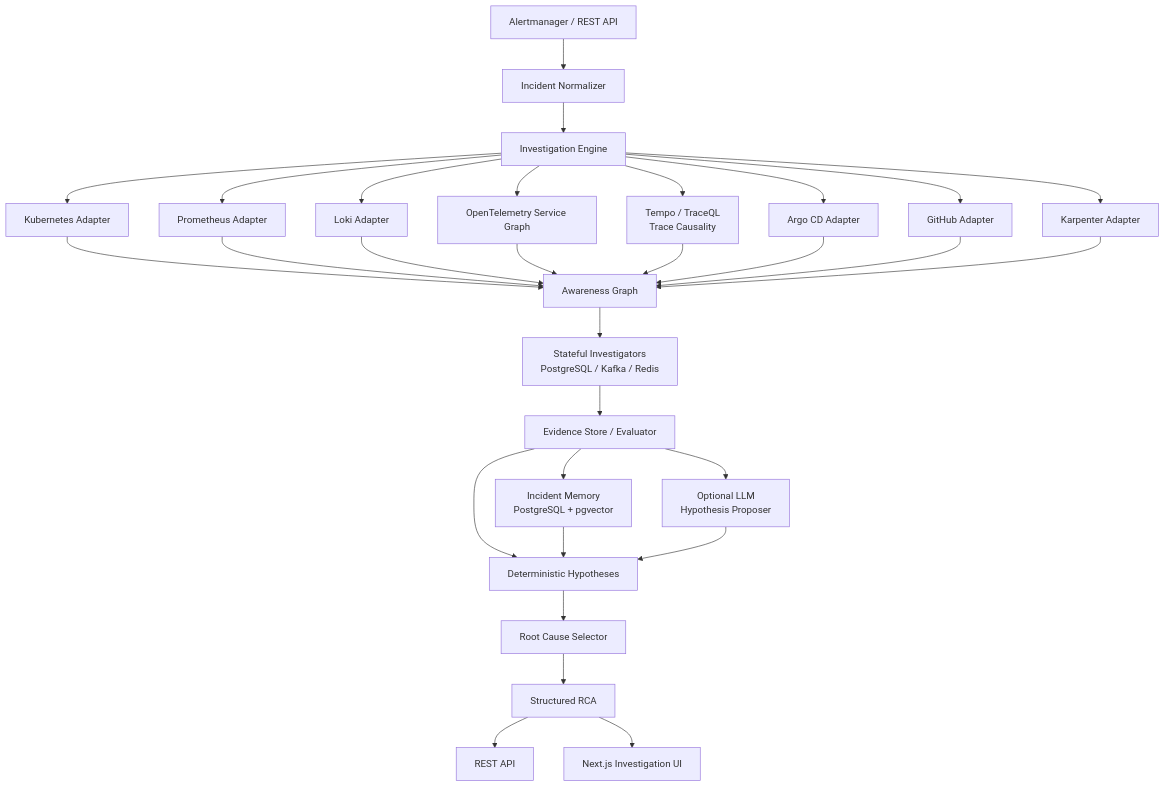
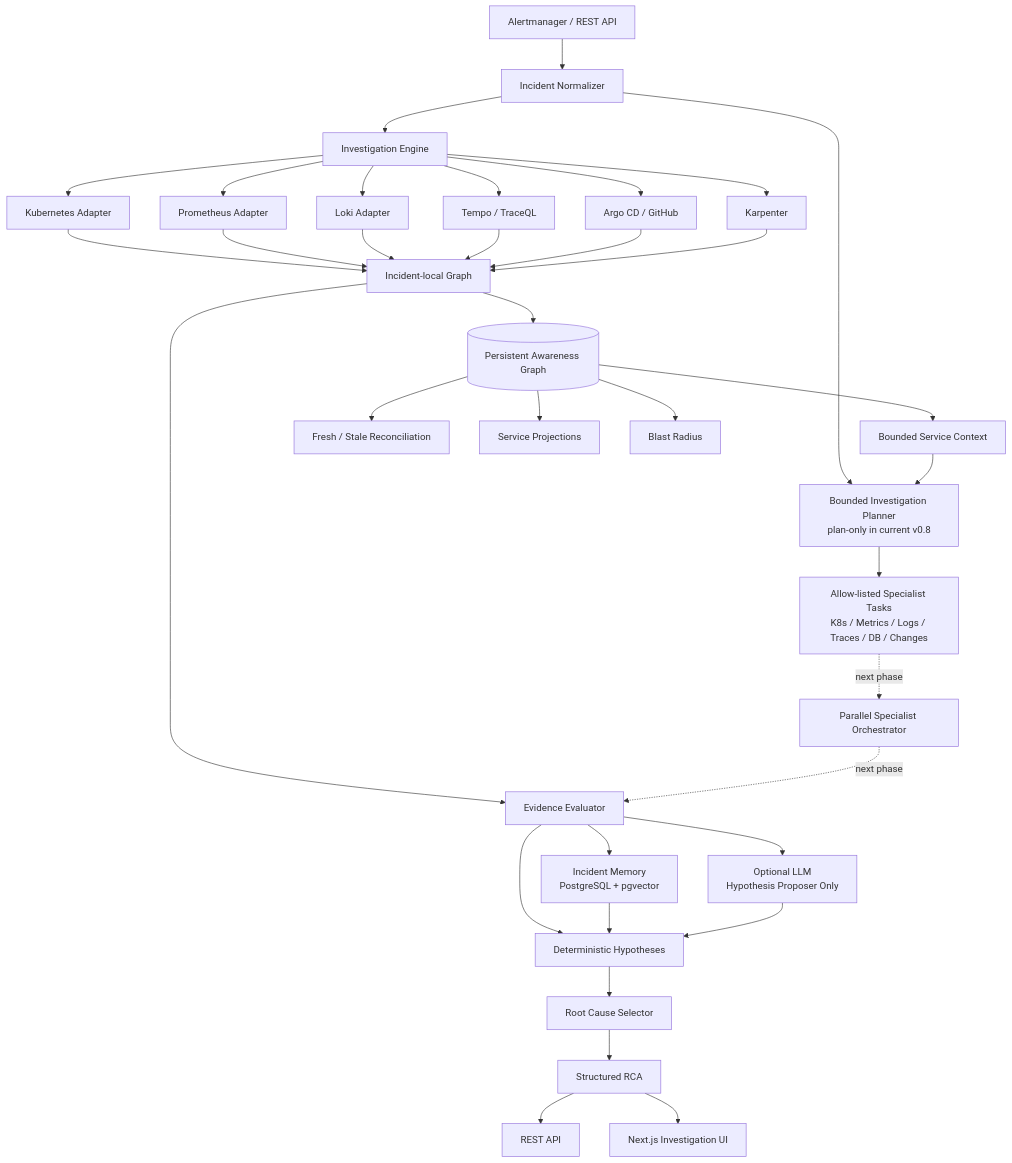
Before and after one commit to marcocristofolini/ai-sre-rca: the first of 18 diagrams in docs/architecture.md, drawn with Mermaid. The commit also changed other lines of this file and 22 other files, not shown here.

Commit message:
feat: add v0.8 topology blast radius and planner

````diff
--- a/docs/architecture.md
+++ b/docs/architecture.md
@@ -7,36 +7,43 @@
 ```mermaid
 flowchart TD
     A[Alertmanager / REST API] --> N[Incident Normalizer]
+    N --> PLAN[Bounded Investigation Planner<br/>plan-only in current v0.8]
     N --> I[Investigation Engine]
+
+    PAG[(Persistent Awareness Graph)] --> CTX[Bounded Service Context]
+    CTX --> PLAN
+    PLAN --> PT[Allow-listed Specialist Tasks<br/>K8s / Metrics / Logs / Traces / DB / Changes]
 
     I --> K[Kubernetes Adapter]
     I --> P[Prometheus Adapter]
     I --> L[Loki Adapter]
-    I --> O[OpenTelemetry Service Graph]
-    I --> T[Tempo / TraceQL<br/>Trace Causality]
-    I --> AR[Argo CD Adapter]
-    I --> GH[GitHub Adapter]
-    I --> KA[Karpenter Adapter]
+    I --> T[Tempo / TraceQL]
+    I --> AR[Argo CD / GitHub]
+    I --> KA[Karpenter]
 
-    K --> G[Awareness Graph]
-    P --> G
-    L --> G
-    O --> G
-    T --> G
-    AR --> G
-    GH --> G
-    KA --> G
+    K --> LG[Incident-local Graph]
+    P --> LG
+    L --> LG
+    T --> LG
+    AR --> LG
+    KA --> LG
 
-    G --> SD[Stateful Investigators<br/>PostgreSQL / Kafka / Redis]
-    SD --> EV[Evidence Store / Evaluator]
+    LG --> EV[Evidence Evaluator]
+    LG --> PAG
+    PAG --> REC[Fresh / Stale Reconciliation]
+    PAG --> SV[Service Projections]
+    PAG --> BR[Blast Radius]
+
     EV --> H[Deterministic Hypotheses]
     EV --> MEM[Incident Memory<br/>PostgreSQL + pgvector]
-    EV --> LLM[Optional LLM<br/>Hypothesis Proposer]
-
+    EV --> LLM[Optional LLM<br/>Hypothesis Proposer Only]
     MEM --> H
     LLM --> H
     H --> RC[Root Cause Selector]
     RC --> RCA[Structured RCA]
     RCA --> API[REST API]
     RCA --> UI[Next.js Investigation UI]
+
+    PT -. next phase .-> ORCH[Parallel Specialist Orchestrator]
+    ORCH -. next phase .-> EV
 ```
````
